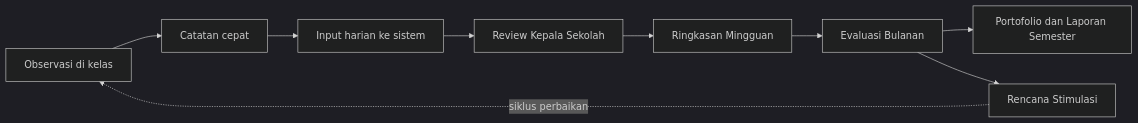
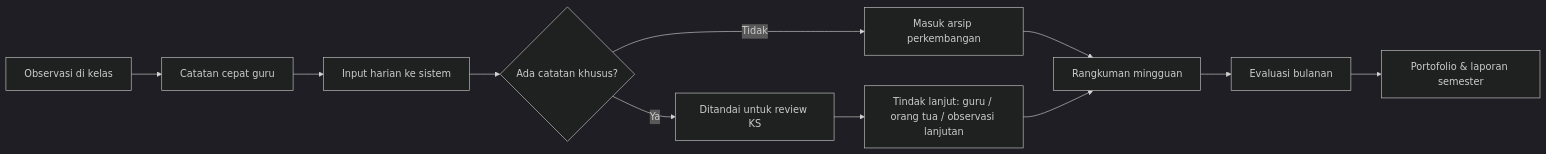
Before and after one commit to Mubax5/madani-media: the fifth of 8 diagrams in readme.md, drawn with Mermaid (dark theme). The commit also changed other lines of this file, not shown here.

````diff
--- a/readme.md
+++ b/readme.md
@@ -57,14 +280,13 @@
 ```mermaid
 flowchart LR
-    A[Observasi di kelas]
-    B[Catatan cepat]
-    C[Input harian ke sistem]
-    D[Review Kepala Sekolah]
-    E[Ringkasan Mingguan]
-    F[Evaluasi Bulanan]
-    G[Portofolio dan Laporan Semester]
-    H[Rencana Stimulasi]
-    A --> B --> C --> D --> E --> F --> G
-    F --> H
-    H -. siklus perbaikan .-> A
+    A[Observasi di kelas] --> B[Catatan cepat guru]
+    B --> C[Input harian ke sistem]
+    C --> D{Ada catatan khusus?}
+    D -- Tidak --> E[Masuk arsip perkembangan]
+    D -- Ya --> F[Ditandai untuk review KS]
+    F --> G[Tindak lanjut: guru / orang tua / observasi lanjutan]
+    E --> H[Rangkuman mingguan]
+    G --> H
+    H --> I[Evaluasi bulanan]
+    I --> J[Portofolio & laporan semester]
 ```
````
